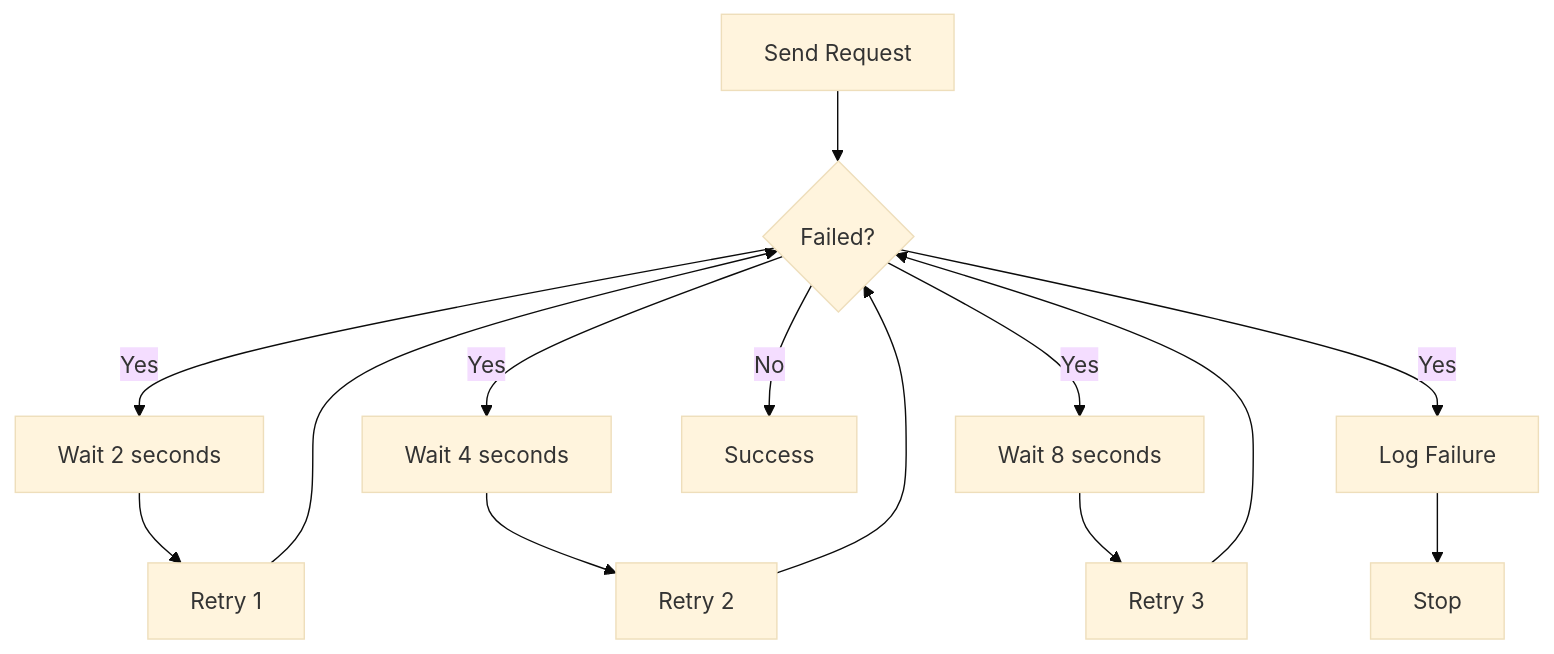
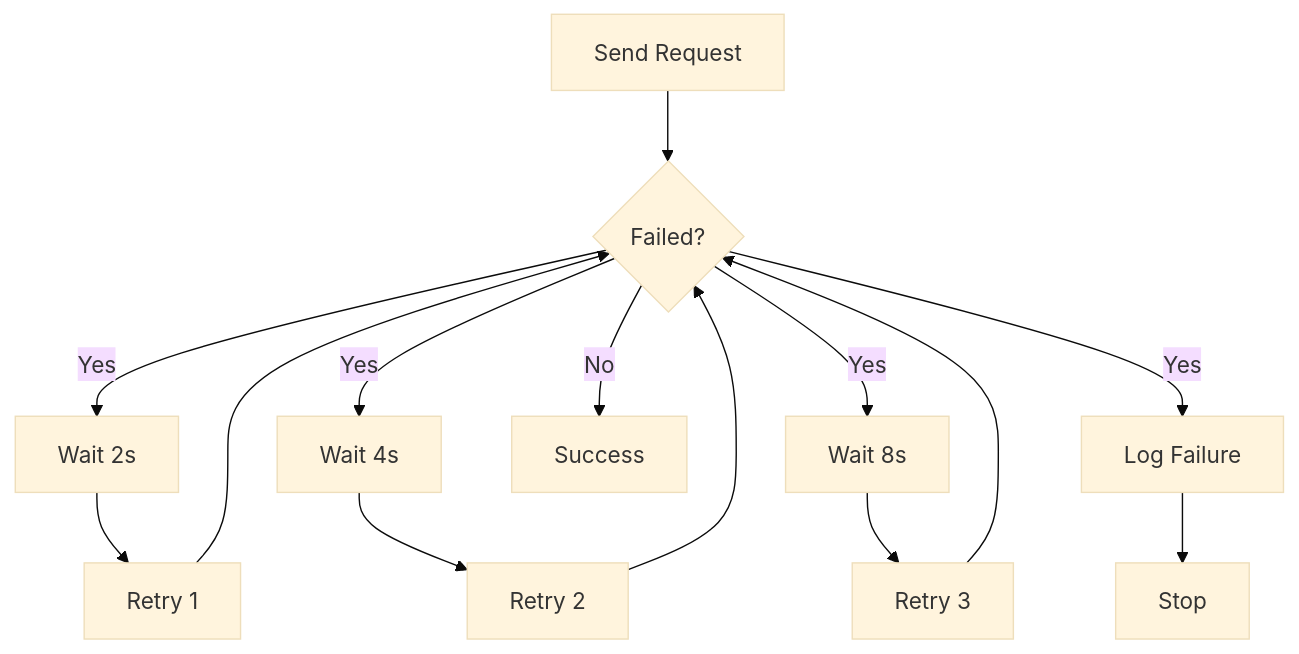
Before and after one commit to wingify/readme-central: the diagram in docs/Concepts/sdk-retry-mechanism.md, drawn with Mermaid (base theme).

Commit message:
Update doc `sdk-retry-mechanism`

````diff
--- a/docs/Concepts/sdk-retry-mechanism.md
+++ b/docs/Concepts/sdk-retry-mechanism.md
@@ -30,16 +30,12 @@
 ```mermaid
 flowchart TD
     A[Send Request] --> B{Failed?}
-    B -- Yes --> C[Wait 2 seconds]
-    C --> D[Retry 1]
+    B -- Yes --> C[Wait 2s] --> D[Retry 1]
     D --> B
-    B -- Yes --> E[Wait 4 seconds]
-    E --> F[Retry 2]
+    B -- Yes --> E[Wait 4s] --> F[Retry 2]
     F --> B
-    B -- Yes --> G[Wait 8 seconds]
-    G --> H[Retry 3]
+    B -- Yes --> G[Wait 8s] --> H[Retry 3]
     H --> B
     B -- No --> I[Success]
-    B -- Yes --> J[Log Failure]
-    J --> K[Stop]
+    B -- Yes --> J[Log Failure] --> K[Stop]
 ```
````
